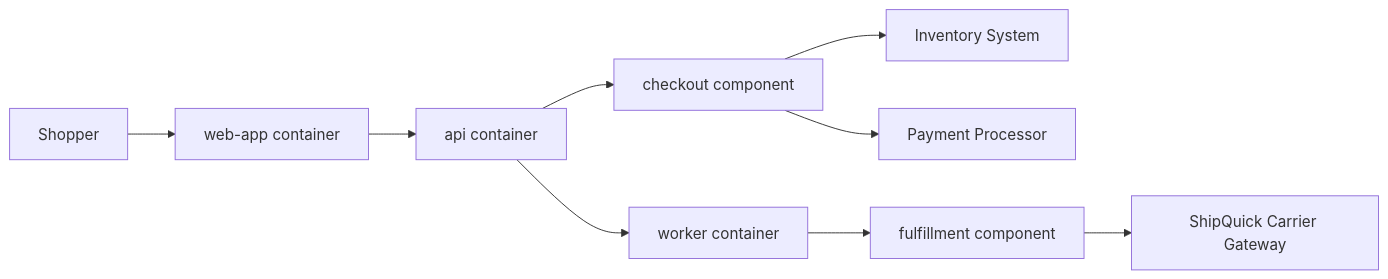
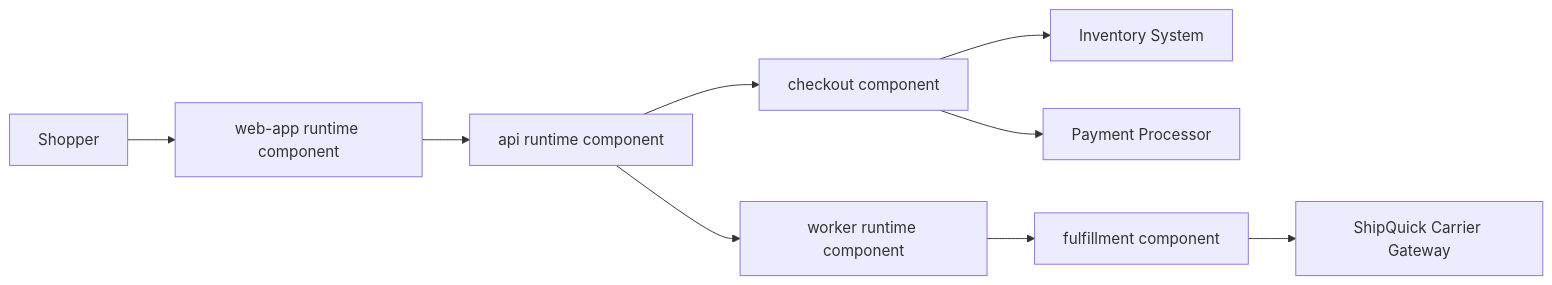
Before and after one commit to jkassis/reposcma: the diagram in examples/orderhub.md, drawn with Mermaid. The commit also changed other lines of this file and 2 other files, not shown here.

Commit message:
Clarify component kinds in RepoSCMA

````diff
--- a/examples/orderhub.md
+++ b/examples/orderhub.md
@@ -92,11 +96,11 @@
 ```mermaid
 flowchart LR
-  Shopper[Shopper] --> Web[web-app container]
-  Web --> API[api container]
+  Shopper[Shopper] --> Web[web-app runtime component]
+  Web --> API[api runtime component]
   API --> Checkout[checkout component]
   Checkout --> Inventory[Inventory System]
   Checkout --> Payment[Payment Processor]
-  API --> Worker[worker container]
+  API --> Worker[worker runtime component]
   Worker --> Fulfillment[fulfillment component]
   Fulfillment --> Carrier[ShipQuick Carrier Gateway]
 ```
````
